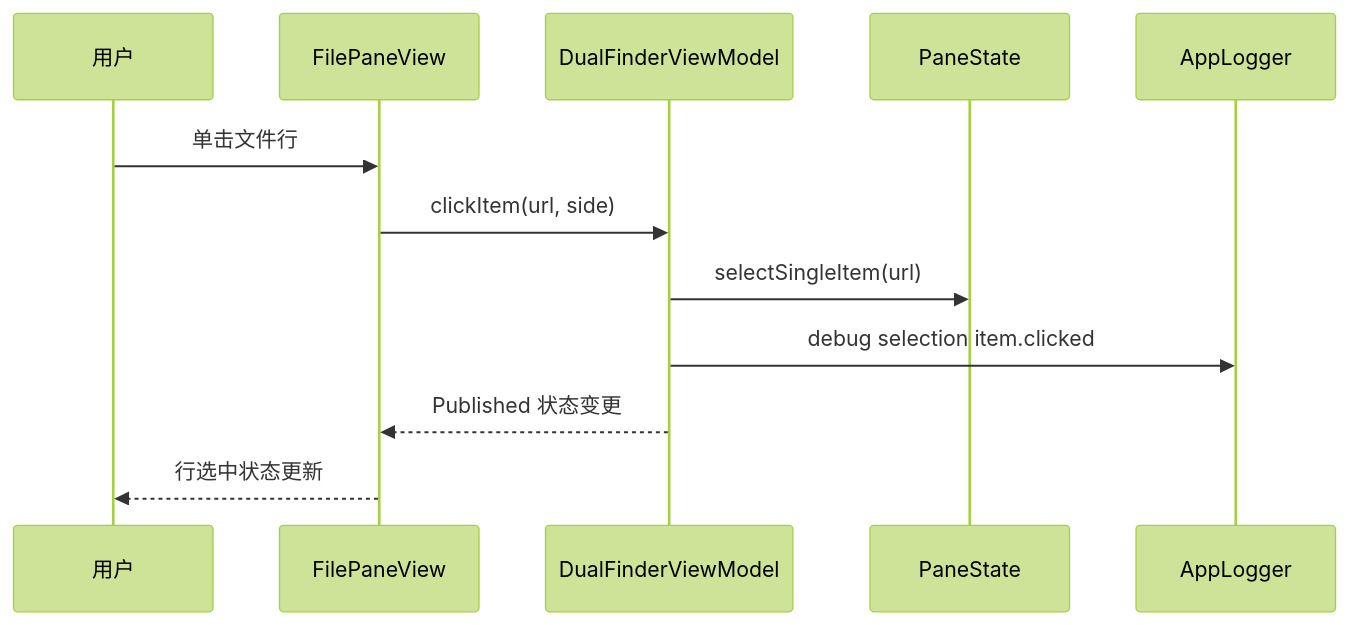
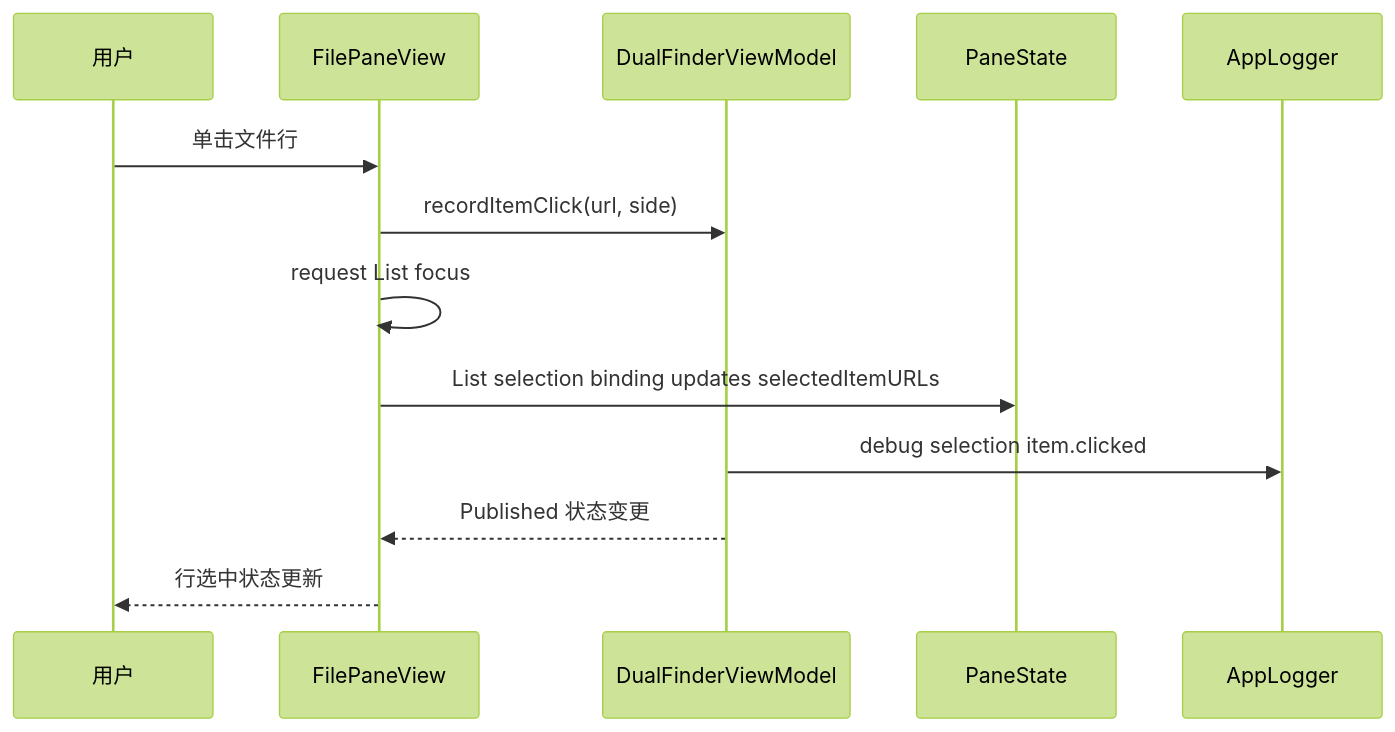
The second of 4 diagrams in local_docs/basic_functions_design_review.md (olojiang/dual_finder), drawn with Mermaid (forest theme) before and after one commit. The commit also changed other lines of this file and 4 other files, not shown here.

First line of the commit message:
Let native list focus drive row selection

````diff
--- a/local_docs/basic_functions_design_review.md
+++ b/local_docs/basic_functions_design_review.md
@@ -120,15 +121,16 @@
 ```mermaid
 sequenceDiagram
     participant U as 用户
     participant V as FilePaneView
     participant VM as DualFinderViewModel
     participant P as PaneState
     participant L as AppLogger
 
     U->>V: 单击文件行
-    V->>VM: clickItem(url, side)
-    VM->>P: selectSingleItem(url)
+    V->>VM: recordItemClick(url, side)
+    V->>V: request List focus
+    V->>P: List selection binding updates selectedItemURLs
     VM->>L: debug selection item.clicked
     VM-->>V: Published 状态变更
     V-->>U: 行选中状态更新
 ```
````
